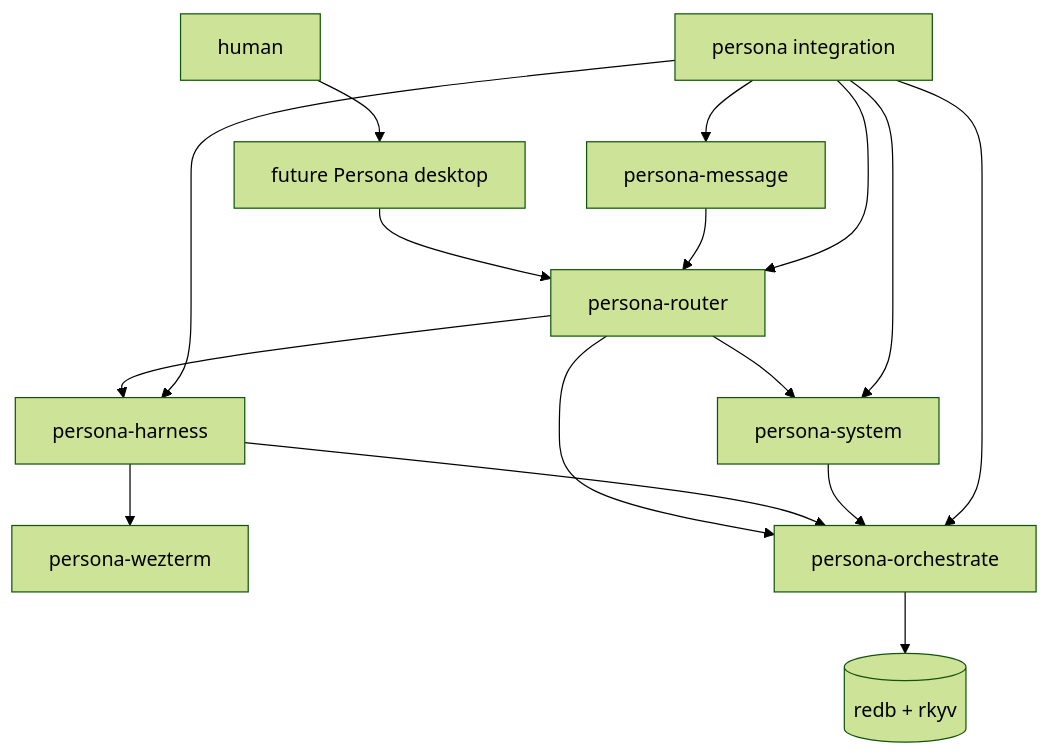
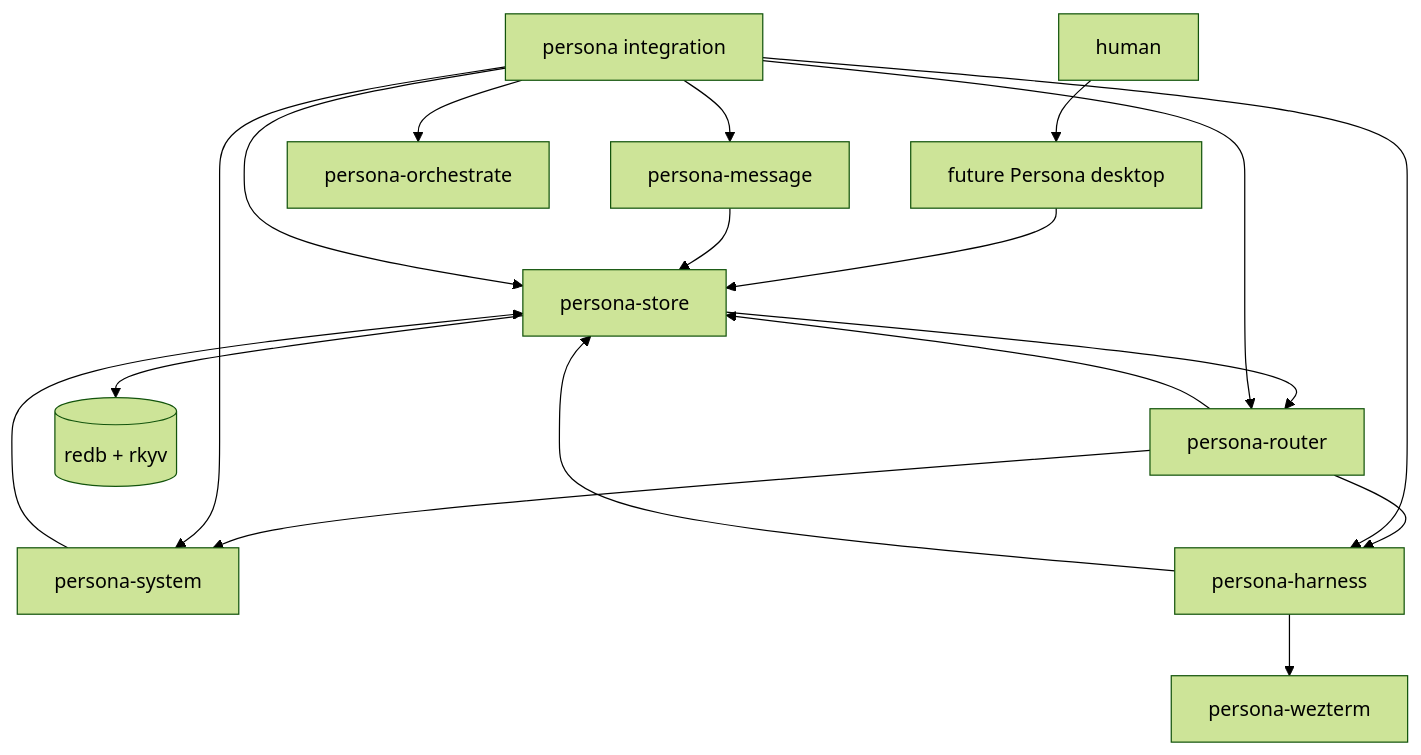
One commit to LiGoldragon/primary changed the first of 16 diagrams in reports/operator/9-persona-message-router-architecture.md. Above: the diagram before and after it, drawn with Mermaid (forest theme). The commit also changed other lines of this file and 1 other file, not shown here.

Commit message:
address Persona router architecture audit

````diff
--- a/reports/operator/9-persona-message-router-architecture.md
+++ b/reports/operator/9-persona-message-router-architecture.md
@@ -35,29 +35,32 @@
 ```mermaid
 flowchart TB
     human["human"]
     desktop["future Persona desktop"]
     message["persona-message"]
     router["persona-router"]
     system["persona-system"]
     harness["persona-harness"]
     wezterm["persona-wezterm"]
+    pstore["persona-store"]
     orchestrate["persona-orchestrate"]
     persona["persona integration"]
     store[("redb + rkyv")]
 
     human --> desktop
-    desktop --> router
-    message --> router
+    desktop --> pstore
+    message --> pstore
+    pstore --> router
     router --> system
     router --> harness
     harness --> wezterm
-    orchestrate --> store
-    router --> orchestrate
-    harness --> orchestrate
-    system --> orchestrate
+    pstore --> store
+    router --> pstore
+    harness --> pstore
+    system --> pstore
     persona --> message
     persona --> router
     persona --> system
     persona --> harness
+    persona --> pstore
     persona --> orchestrate
 ```
````
